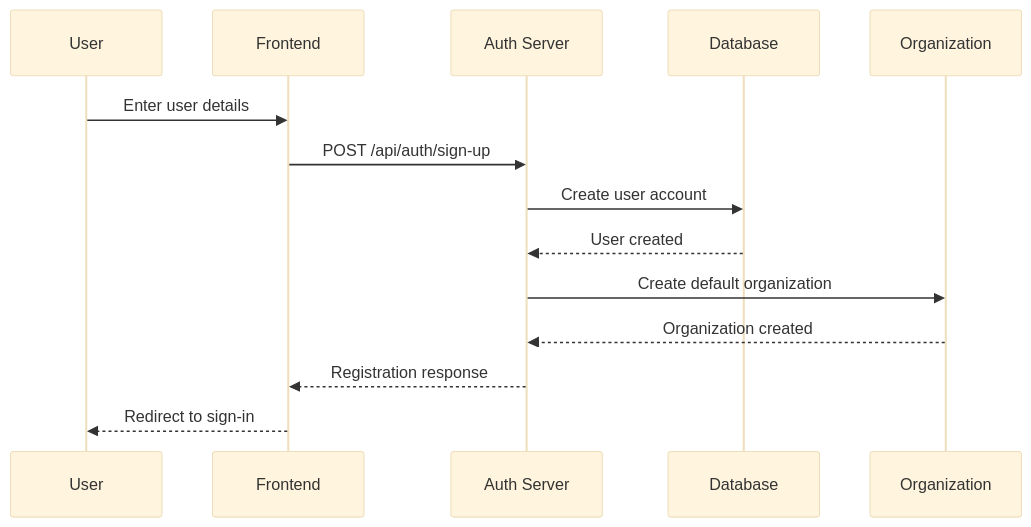
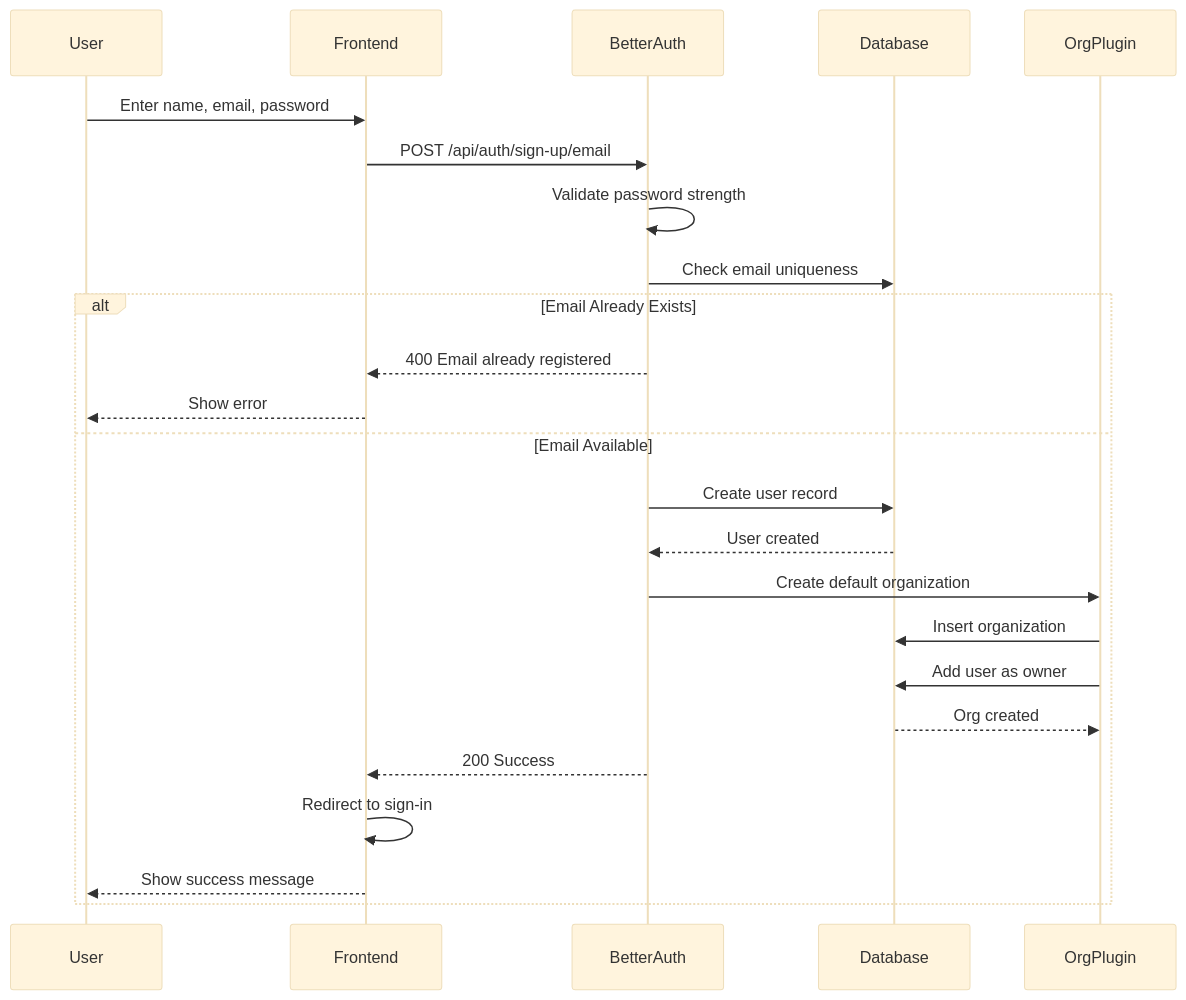
Before and after one commit to supercheck-io/supercheck: the third of 15 diagrams in specs/AUTHENTICATION.md, drawn with Mermaid (base theme). The commit also changed other lines of this file and 2 other files, not shown here.

First line of the commit message:
docs(specs): update API_KEY_SYSTEM, AUTHENTICATION, and add OBSERVABILITY specs

````diff
--- a/specs/AUTHENTICATION.md
+++ b/specs/AUTHENTICATION.md
@@ -63,17 +120,30 @@
 ```mermaid
 sequenceDiagram
-    participant U as User
-    participant F as Frontend
-    participant A as Auth Server
-    participant DB as Database
-    participant O as Organization
-    
-    U->>F: Enter user details
-    F->>A: POST /api/auth/sign-up
-    A->>DB: Create user account
-    DB-->>A: User created
-    A->>O: Create default organization
-    O-->>A: Organization created
-    A-->>F: Registration response
-    F-->>U: Redirect to sign-in
+    participant User
+    participant Frontend
+    participant BetterAuth
+    participant Database
+    participant OrgPlugin
+
+    User->>Frontend: Enter name, email, password
+    Frontend->>BetterAuth: POST /api/auth/sign-up/email
+    BetterAuth->>BetterAuth: Validate password strength
+    BetterAuth->>Database: Check email uniqueness
+
+    alt Email Already Exists
+        BetterAuth-->>Frontend: 400 Email already registered
+        Frontend-->>User: Show error
+    else Email Available
+        BetterAuth->>Database: Create user record
+        Database-->>BetterAuth: User created
+
+        BetterAuth->>OrgPlugin: Create default organization
+        OrgPlugin->>Database: Insert organization
+        OrgPlugin->>Database: Add user as owner
+        Database-->>OrgPlugin: Org created
+
+        BetterAuth-->>Frontend: 200 Success
+        Frontend->>Frontend: Redirect to sign-in
+        Frontend-->>User: Show success message
+    end
 ```
````
